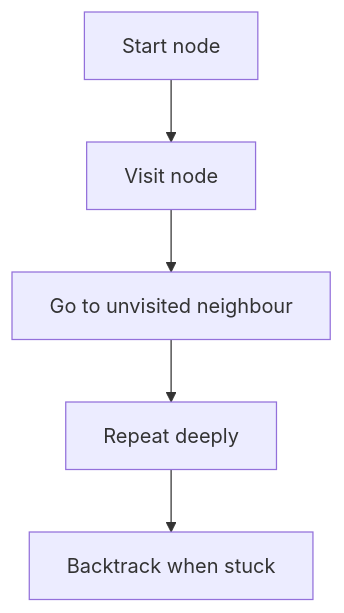
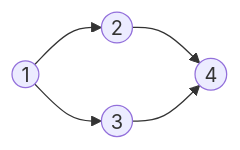
Before and after one commit to mthaiseer/springcloud-systemdesign-notes: the seventh of 9 diagrams in CP_DSA_NOTES/001_TOPIC_WISE/007_GRAPH/007_GRAPH.md, drawn with Mermaid. The commit also changed other lines of this file and 1 other file, not shown here.

````diff
--- a/CP_DSA_NOTES/001_TOPIC_WISE/007_GRAPH/007_GRAPH.md
+++ b/CP_DSA_NOTES/001_TOPIC_WISE/007_GRAPH/007_GRAPH.md
@@ -497,7 +226,7 @@
 ```mermaid
-flowchart TD
-    A[Start node] --> B[Visit node]
-    B --> C[Go to unvisited neighbour]
-    C --> D[Repeat deeply]
-    D --> E[Backtrack when stuck]
+graph LR
+    A((1)) --> B((2))
+    A --> C((3))
+    B --> D((4))
+    C --> D
 ```
````
